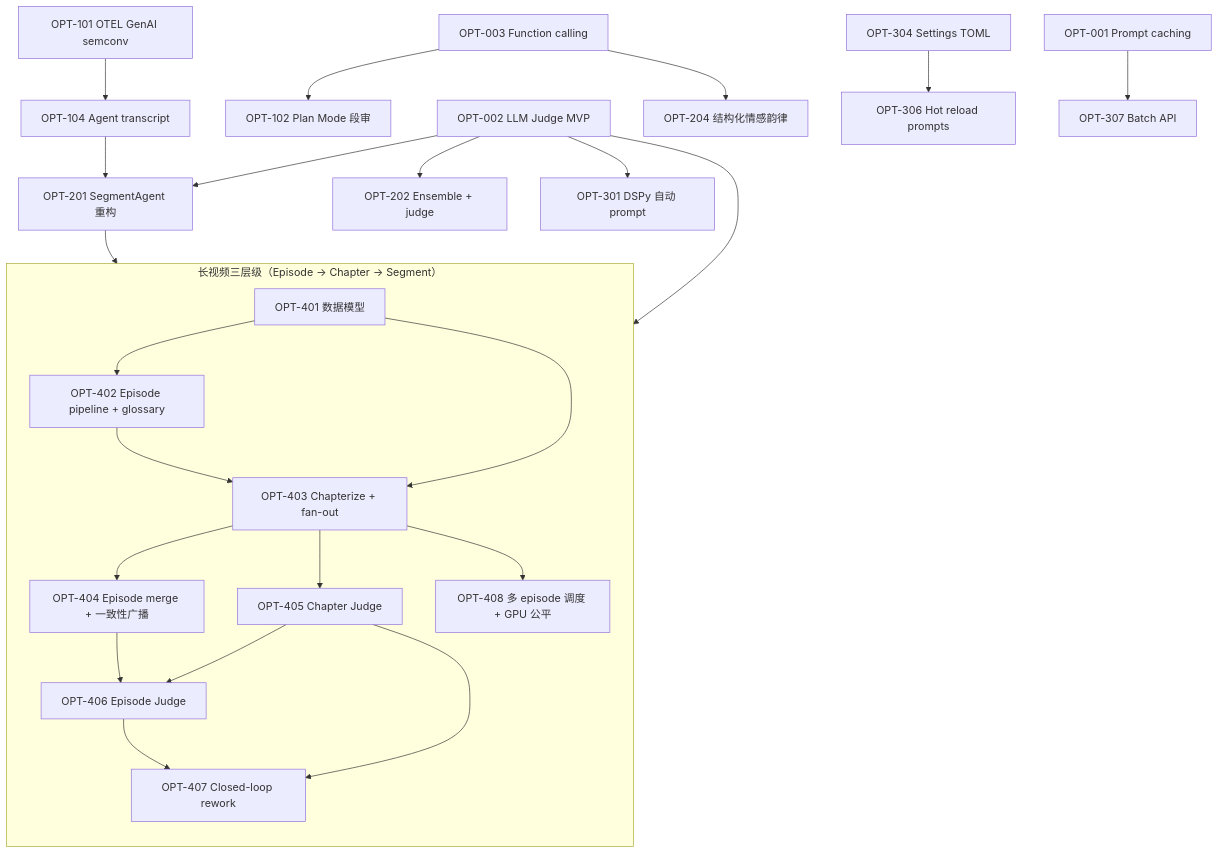
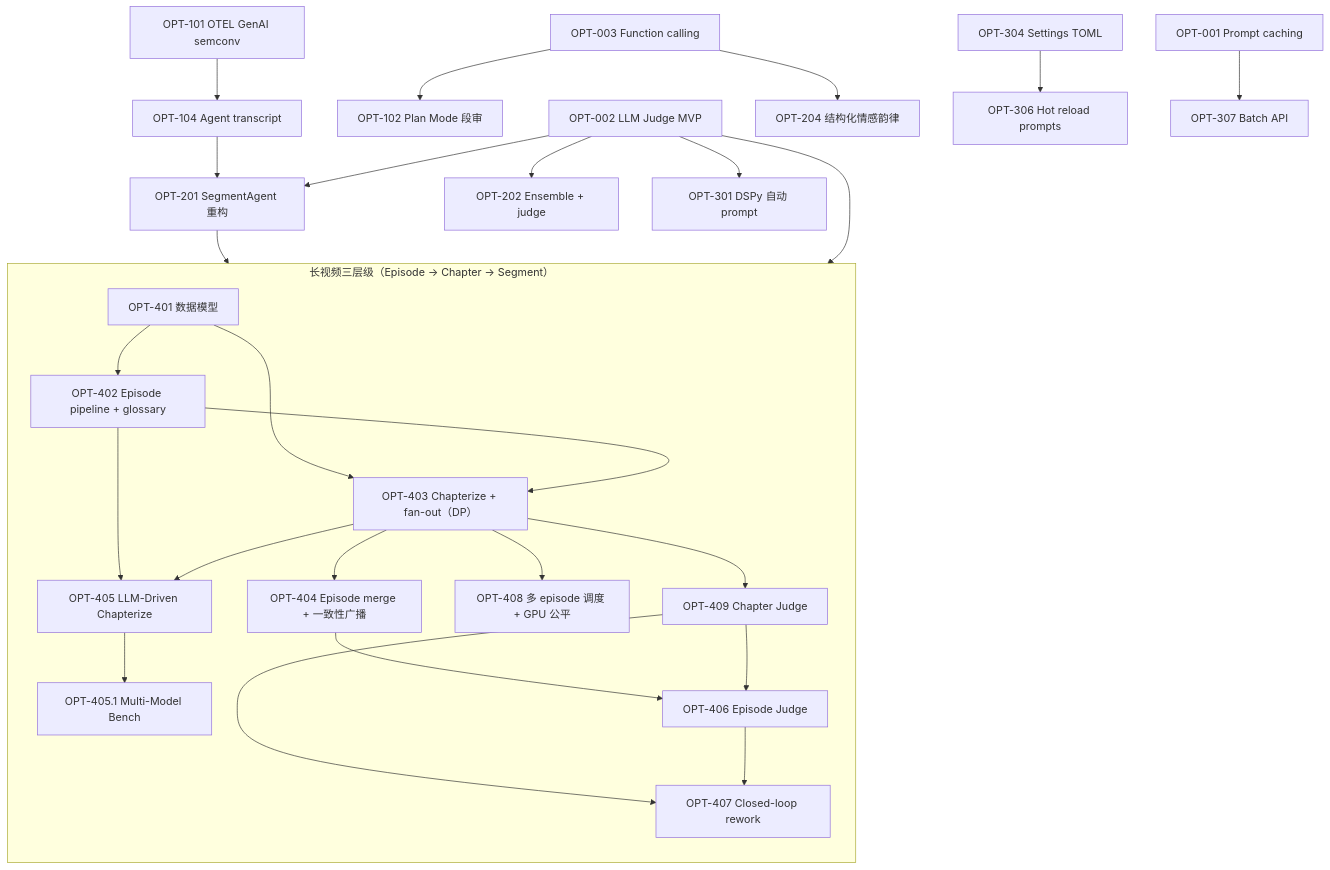
Before and after one commit to YuehaoDai/HoloDub: the second of 2 diagrams in docs/roadmap/optimization-roadmap.md, drawn with Mermaid. The commit also changed other lines of this file and 39 other files, not shown here.

````diff
--- a/docs/roadmap/optimization-roadmap.md
+++ b/docs/roadmap/optimization-roadmap.md
@@ -119,52 +121,57 @@
 ```mermaid
 flowchart TD
     OPT001[OPT-001 Prompt caching]
     OPT002[OPT-002 LLM Judge MVP]
     OPT003[OPT-003 Function calling]
     OPT101[OPT-101 OTEL GenAI semconv]
     OPT102[OPT-102 Plan Mode 段审]
     OPT104[OPT-104 Agent transcript]
     OPT201[OPT-201 SegmentAgent 重构]
     OPT202[OPT-202 Ensemble + judge]
     OPT204[OPT-204 结构化情感韵律]
     OPT301[OPT-301 DSPy 自动 prompt]
     OPT304[OPT-304 Settings TOML]
     OPT306[OPT-306 Hot reload prompts]
     OPT307[OPT-307 Batch API]
 
     OPT003 --> OPT102
     OPT003 --> OPT204
     OPT002 --> OPT201
     OPT002 --> OPT202
     OPT002 --> OPT301
     OPT101 --> OPT104
     OPT104 --> OPT201
     OPT304 --> OPT306
     OPT001 --> OPT307
 
-    %% 长视频三层级线（OPT-401..408）
+    %% 长视频三层级线（OPT-401..409）
     subgraph long_video["长视频三层级（Episode → Chapter → Segment）"]
         direction TB
         OPT401[OPT-401 数据模型]
         OPT402[OPT-402 Episode pipeline + glossary]
-        OPT403[OPT-403 Chapterize + fan-out]
+        OPT403[OPT-403 Chapterize + fan-out（DP）]
         OPT404[OPT-404 Episode merge + 一致性广播]
-        OPT405[OPT-405 Chapter Judge]
+        OPT405[OPT-405 LLM-Driven Chapterize]
+        OPT405_1[OPT-405.1 Multi-Model Bench]
         OPT406[OPT-406 Episode Judge]
         OPT407[OPT-407 Closed-loop rework]
         OPT408[OPT-408 多 episode 调度 + GPU 公平]
+        OPT409[OPT-409 Chapter Judge]
     end
 
     OPT401 --> OPT402
     OPT401 --> OPT403
     OPT402 --> OPT403
+    OPT402 --> OPT405
     OPT403 --> OPT404
     OPT403 --> OPT405
     OPT403 --> OPT408
+    OPT403 --> OPT409
+    OPT405 --> OPT405_1
     OPT404 --> OPT406
-    OPT405 --> OPT406
-    OPT002 --> OPT405
-    OPT405 --> OPT407
+    OPT002 --> OPT409
+    OPT409 --> OPT406
+    OPT409 --> OPT407
     OPT406 --> OPT407
     OPT201 --> OPT407
 ```
````
